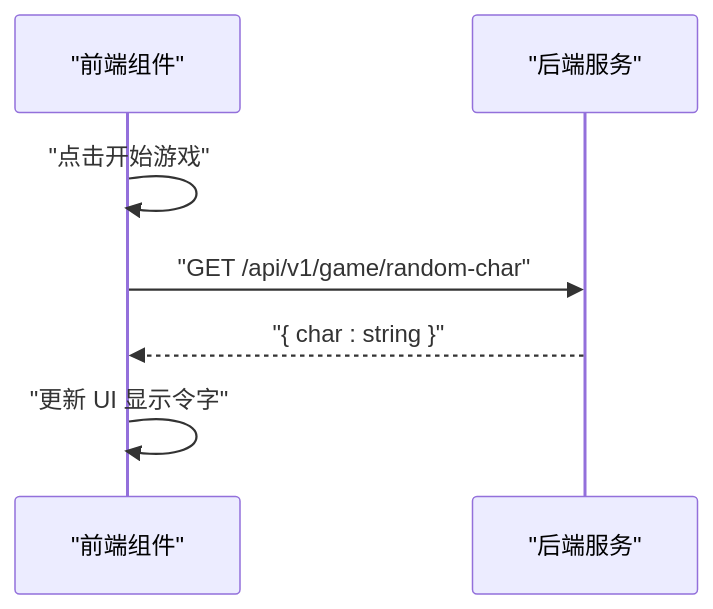
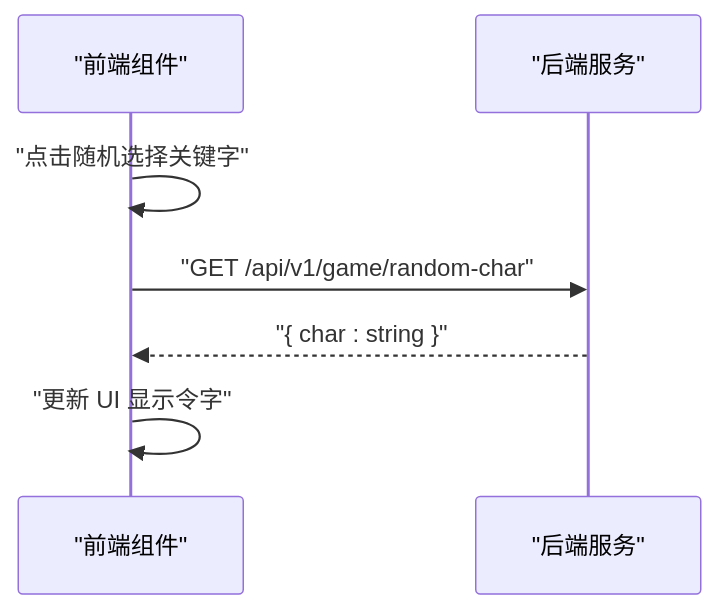
The fifth of 6 diagrams in .qoder/repowiki/zh/content/API接口文档/获取随机令字接口.md (iazrael/feihua-ling), drawn with Mermaid before and after one commit. The commit also changed other lines of this file and 10 other files, not shown here.

````diff
--- a/.qoder/repowiki/zh/content/API接口文档/获取随机令字接口.md
+++ b/.qoder/repowiki/zh/content/API接口文档/获取随机令字接口.md
@@ -143,9 +157,9 @@
 ```mermaid
 sequenceDiagram
 participant FE as "前端组件"
 participant API as "后端服务"
-FE->>FE : "点击开始游戏"
+FE->>FE : "点击随机选择关键字"
 FE->>API : "GET /api/v1/game/random-char"
 API-->>FE : "{ char : string }"
 FE->>FE : "更新 UI 显示令字"
 ```
````
